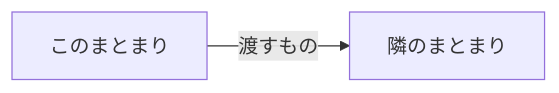
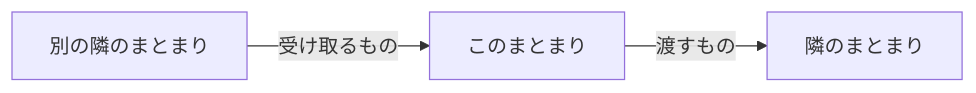
Before and after one commit to SakakitaniJunya/Igeta: the diagram in templates/docs/person/design/__context__/00-map.md, drawn with Mermaid. The commit also changed other lines of this file and 37 other files, not shown here.

First line of the commit message:
人の文書は図を先に置く — person 雛形 16 本に kind ごとの図と、図の検査 D1〜D5 (ADR-0011) (#20)

````diff
--- a/templates/docs/person/design/__context__/00-map.md
+++ b/templates/docs/person/design/__context__/00-map.md
@@ -27,6 +23,8 @@
 ```mermaid
 flowchart LR
   self["このまとまり"]
   neighbor["隣のまとまり"]
+  other["別の隣のまとまり"]
   self -->|"渡すもの"| neighbor
+  other -->|"受け取るもの"| self
 ```
````
